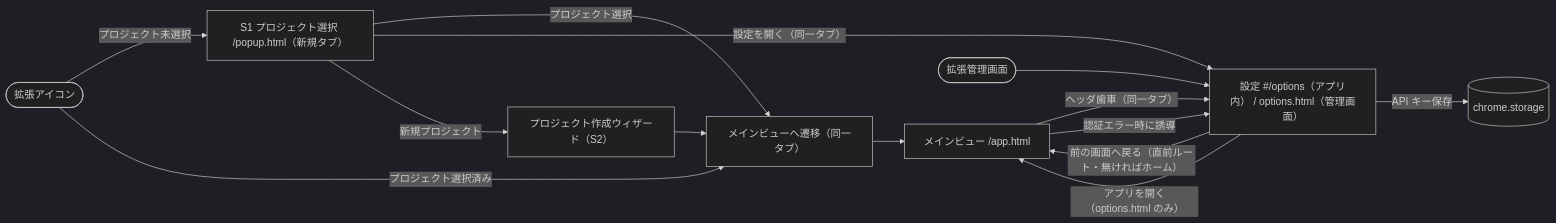
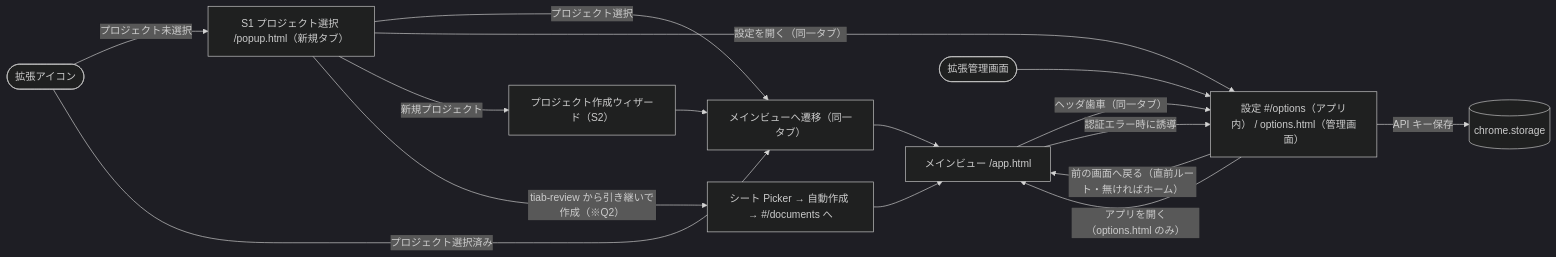
Before and after one commit to youkiti/sr-data-extraction-plugin: the first of 3 diagrams in docs/ui-flow.md, drawn with Mermaid (dark theme). The commit also changed other lines of this file and 34 other files, not shown here.

First line of the commit message:
feat: tiab-review 引き継ぎフロー（S1 引き継ぎ作成 + S3 引き継ぎパネル。※Q2）

````diff
--- a/docs/ui-flow.md
+++ b/docs/ui-flow.md
@@ -22,17 +22,19 @@
 ```mermaid
 flowchart LR
     Icon([拡張アイコン]) -->|プロジェクト未選択| Popup["S1 プロジェクト選択 /popup.html（新規タブ）"]
     Icon -->|プロジェクト選択済み| Open
     Popup -->|プロジェクト選択| Open[メインビューへ遷移（同一タブ）]
     Popup -->|設定を開く（同一タブ）| Options
     Popup -->|新規プロジェクト| New["プロジェクト作成ウィザード（S2）"]
+    Popup -->|tiab-review から引き継いで作成（※Q2）| Handoff["シート Picker → 自動作成 → #/documents へ"]
+    Handoff --> Main
     New --> Open
     Open --> Main[メインビュー /app.html]
 
     Main -->|ヘッダ歯車（同一タブ）| Options["設定 #/options（アプリ内） / options.html（管理画面）"]
     Options -->|前の画面へ戻る（直前ルート・無ければホーム）| Main
     Options -->|アプリを開く（options.html のみ）| Main
     Manage([拡張管理画面]) --> Options
     Options -->|API キー保存| Storage[(chrome.storage)]
     Main -->|認証エラー時に誘導| Options
 ```
````
